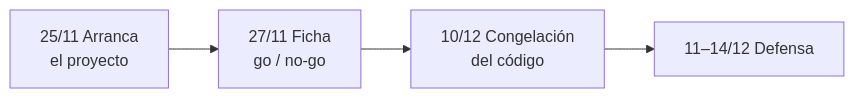
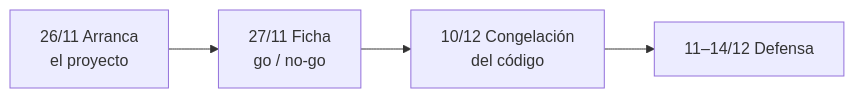
The seventh of 7 diagrams in README.md (cCoolBoox/IFCD107-alumnado), drawn with Mermaid before and after one commit. The commit also changed other lines of this file and 193 other files, not shown here.

````diff
--- a/README.md
+++ b/README.md
@@ -255,6 +254,6 @@
 ```mermaid
 flowchart LR
-    F14["25/11 Arranca<br/>el proyecto"] --> F27["27/11 Ficha<br/>go / no-go"]
+    F14["26/11 Arranca<br/>el proyecto"] --> F27["27/11 Ficha<br/>go / no-go"]
     F27 --> F10["10/12 Congelación<br/>del código"]
     F10 --> F14D["11–14/12 Defensa"]
 ```
````
